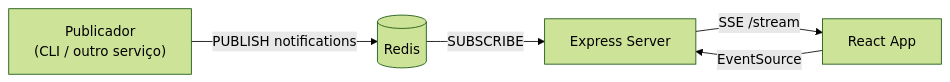
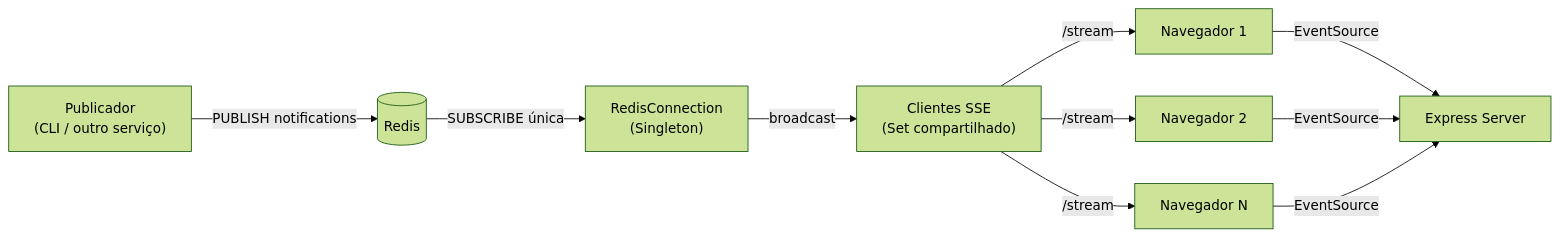
Before and after one commit to VictordaSilvaf/SERVER-SENT-EVENTS: the diagram in README.md, drawn with Mermaid (forest theme). The commit also changed other lines of this file and 2 other files, not shown here.

Commit message:
Refactor Redis connection management by implementing Singleton pattern in RedisConnection class; update README.md to reflect architectural changes and usage instructions.

````diff
--- a/README.md
+++ b/README.md
@@ -28,7 +28,12 @@
 ```mermaid
 flowchart LR
     Publisher["Publicador\n(CLI / outro serviço)"] -->|PUBLISH notifications| Redis[(Redis)]
-    Redis -->|SUBSCRIBE| Server[Express Server]
-    Server -->|SSE /stream| Browser[React App]
-    Browser -->|EventSource| Server
+    Redis -->|SUBSCRIBE única| Singleton["RedisConnection\n(Singleton)"]
+    Singleton -->|broadcast| SSE["Clientes SSE\n(Set compartilhado)"]
+    SSE -->|/stream| Browser1[Navegador 1]
+    SSE -->|/stream| Browser2[Navegador 2]
+    SSE -->|/stream| BrowserN[Navegador N]
+    Browser1 -->|EventSource| Server[Express Server]
+    Browser2 -->|EventSource| Server
+    BrowserN -->|EventSource| Server
 ```
````
